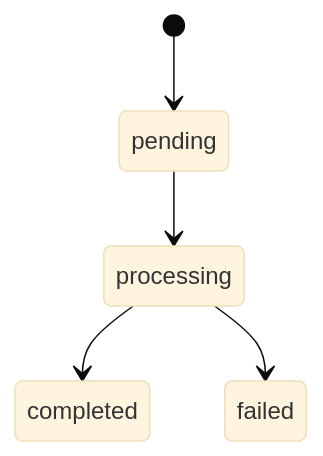
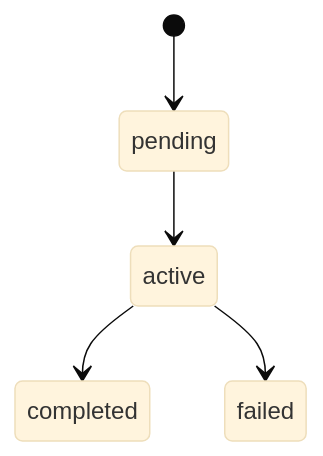
Before and after one commit to vietlvq2609/file-processing-platform: the tenth of 10 diagrams in docs/architecture.md, drawn with Mermaid (base theme). The commit also changed other lines of this file and 2 other files, not shown here.

````diff
--- a/docs/architecture.md
+++ b/docs/architecture.md
@@ -257,7 +289,7 @@
 ```mermaid
 stateDiagram-v2
     [*] --> pending
-    pending --> processing
-    processing --> completed
-    processing --> failed
+    pending --> active
+    active --> completed
+    active --> failed
 ```
````
